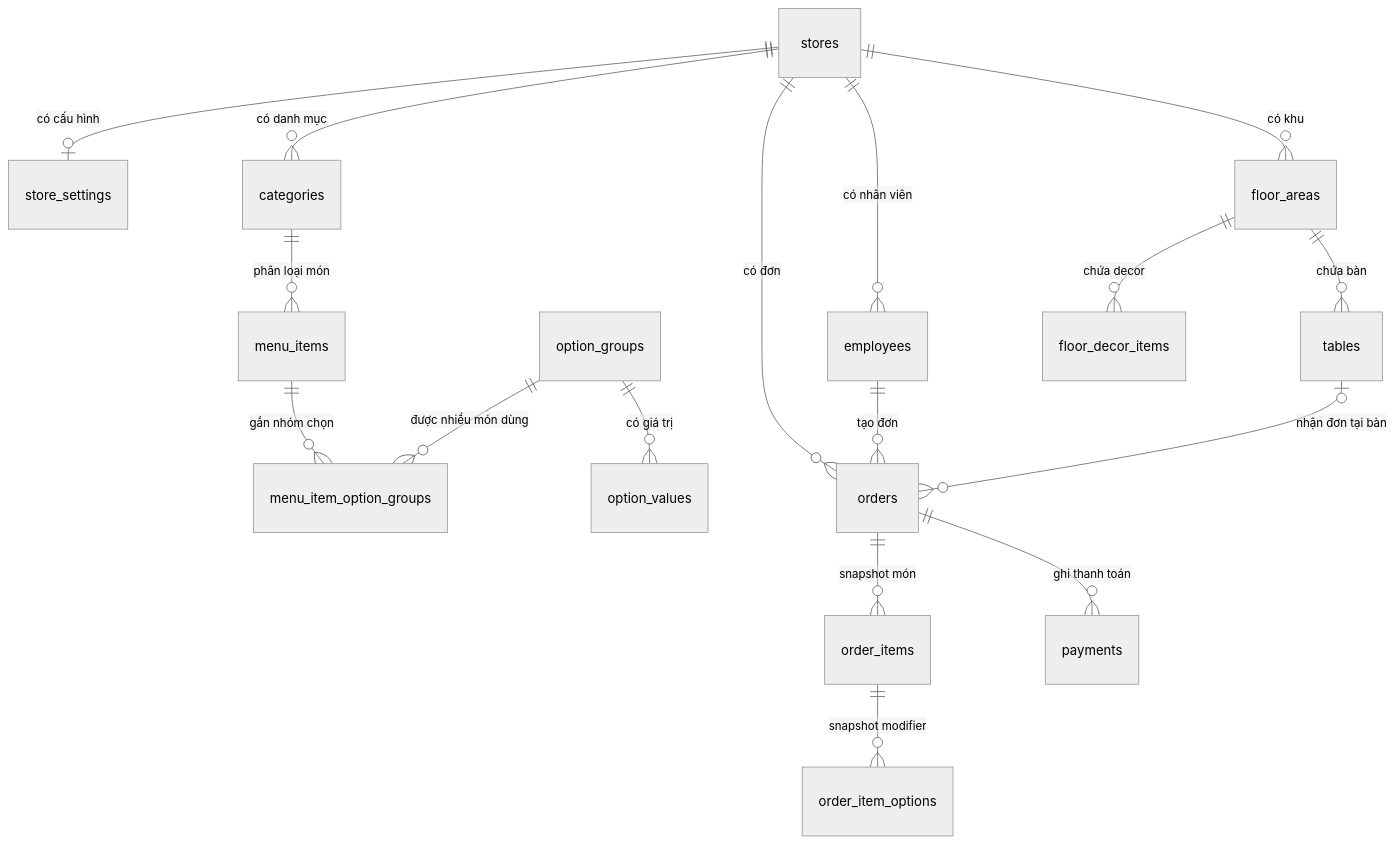
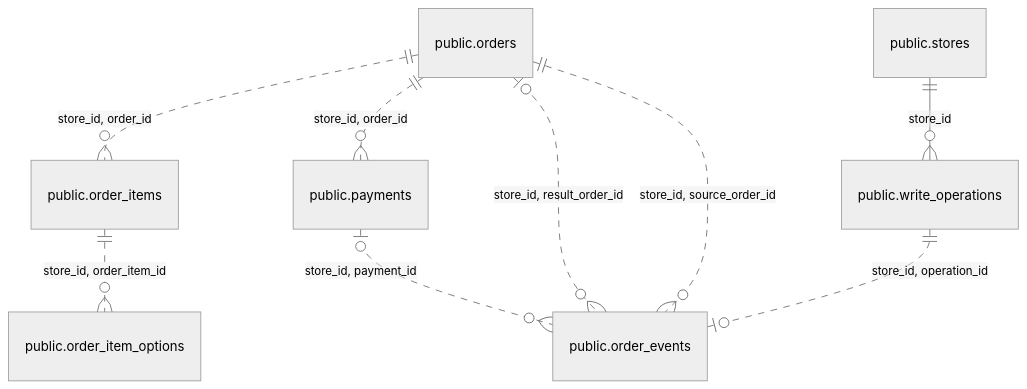
The fourth of 8 diagrams in docs/data-model.md (nguyentronglinh045/pos-cafe), drawn with Mermaid (neutral theme) before and after one commit. The commit also changed other lines of this file and 7 other files, not shown here.

````diff
--- a/docs/data-model.md
+++ b/docs/data-model.md
@@ -11,19 +73,11 @@
 ```mermaid
 erDiagram
-    stores ||--o| store_settings : "có cấu hình"
-    stores ||--o{ employees : "có nhân viên"
-    stores ||--o{ categories : "có danh mục"
-    categories ||--o{ menu_items : "phân loại món"
-    menu_items ||--o{ menu_item_option_groups : "gắn nhóm chọn"
-    option_groups ||--o{ menu_item_option_groups : "được nhiều món dùng"
-    option_groups ||--o{ option_values : "có giá trị"
-    stores ||--o{ floor_areas : "có khu"
-    floor_areas ||--o{ tables : "chứa bàn"
-    floor_areas ||--o{ floor_decor_items : "chứa decor"
-    stores ||--o{ orders : "có đơn"
-    employees ||--o{ orders : "tạo đơn"
-    tables o|--o{ orders : "nhận đơn tại bàn"
-    orders ||--o{ order_items : "snapshot món"
-    order_items ||--o{ order_item_options : "snapshot modifier"
-    orders ||--o{ payments : "ghi thanh toán"
+    "public.orders" ||..o{ "public.order_items" : "store_id, order_id"
+    "public.order_items" ||..o{ "public.order_item_options" : "store_id, order_item_id"
+    "public.orders" ||..o{ "public.payments" : "store_id, order_id"
+    "public.stores" ||--o{ "public.write_operations" : "store_id"
+    "public.write_operations" ||..o| "public.order_events" : "store_id, operation_id"
+    "public.orders" ||..o{ "public.order_events" : "store_id, source_order_id"
+    "public.orders" |o..o{ "public.order_events" : "store_id, result_order_id"
+    "public.payments" |o..o{ "public.order_events" : "store_id, payment_id"
 ```
````
